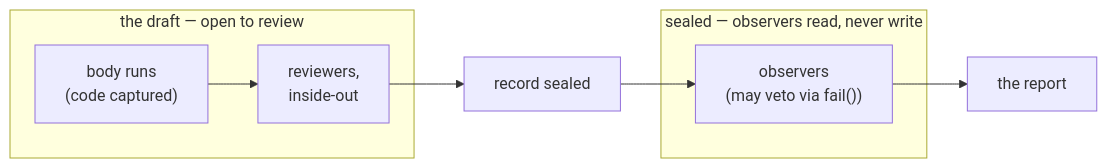
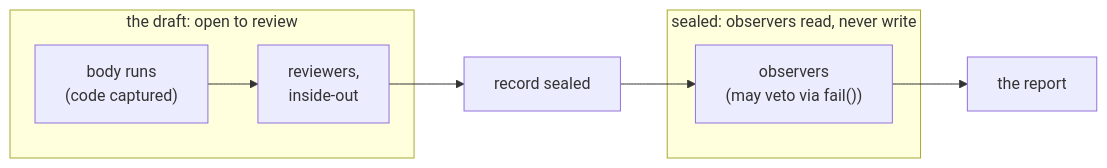
Before and after one commit to willemkokke/footman: the diagram in docs/design.md, drawn with Mermaid. The commit also changed other lines of this file and 6 other files, not shown here.

````diff
--- a/docs/design.md
+++ b/docs/design.md
@@ -378,11 +376,11 @@
 ``` mermaid
 graph LR
-  subgraph draft["the draft — open to review"]
+  subgraph draft["the draft: open to review"]
     body["body runs<br/>(code captured)"] --> review["reviewers,<br/>inside-out"]
   end
   review --> seal["record sealed"]
-  subgraph sealed["sealed — observers read, never write"]
+  subgraph sealed["sealed: observers read, never write"]
     observe["observers<br/>(may veto via fail())"]
   end
   seal --> observe --> report["the report"]
 ```
````
